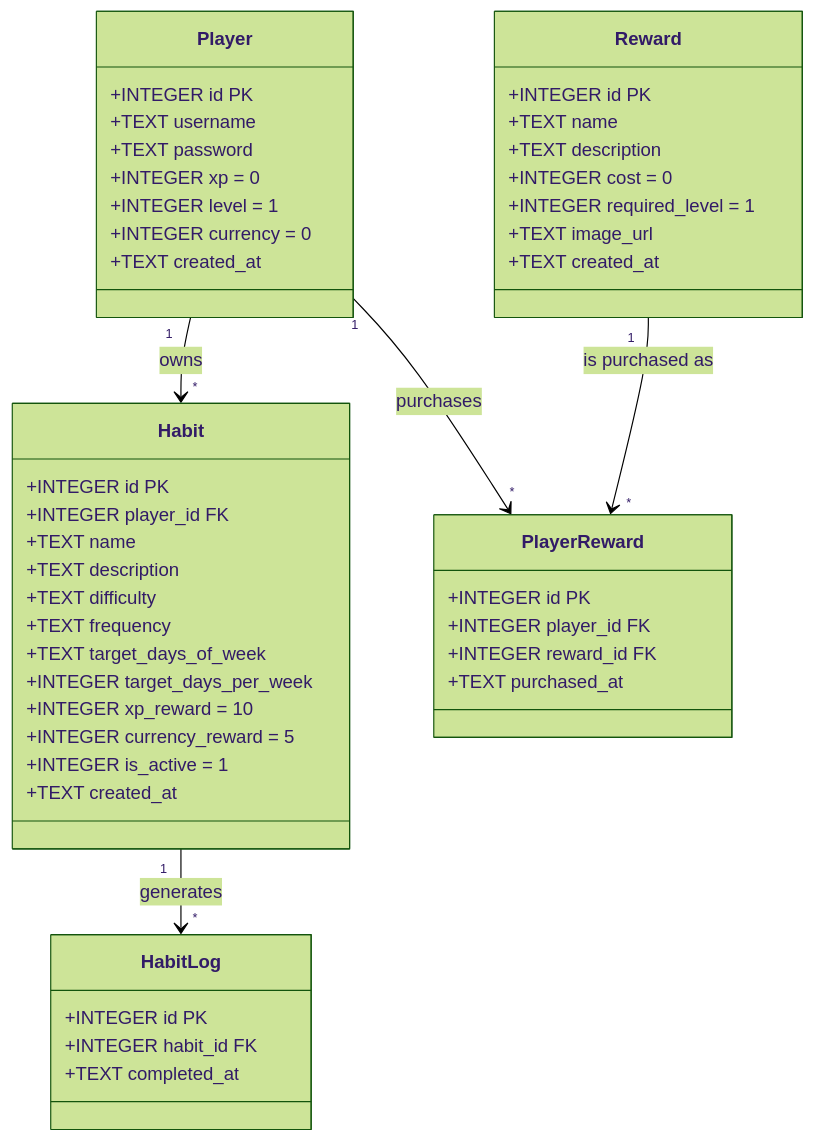
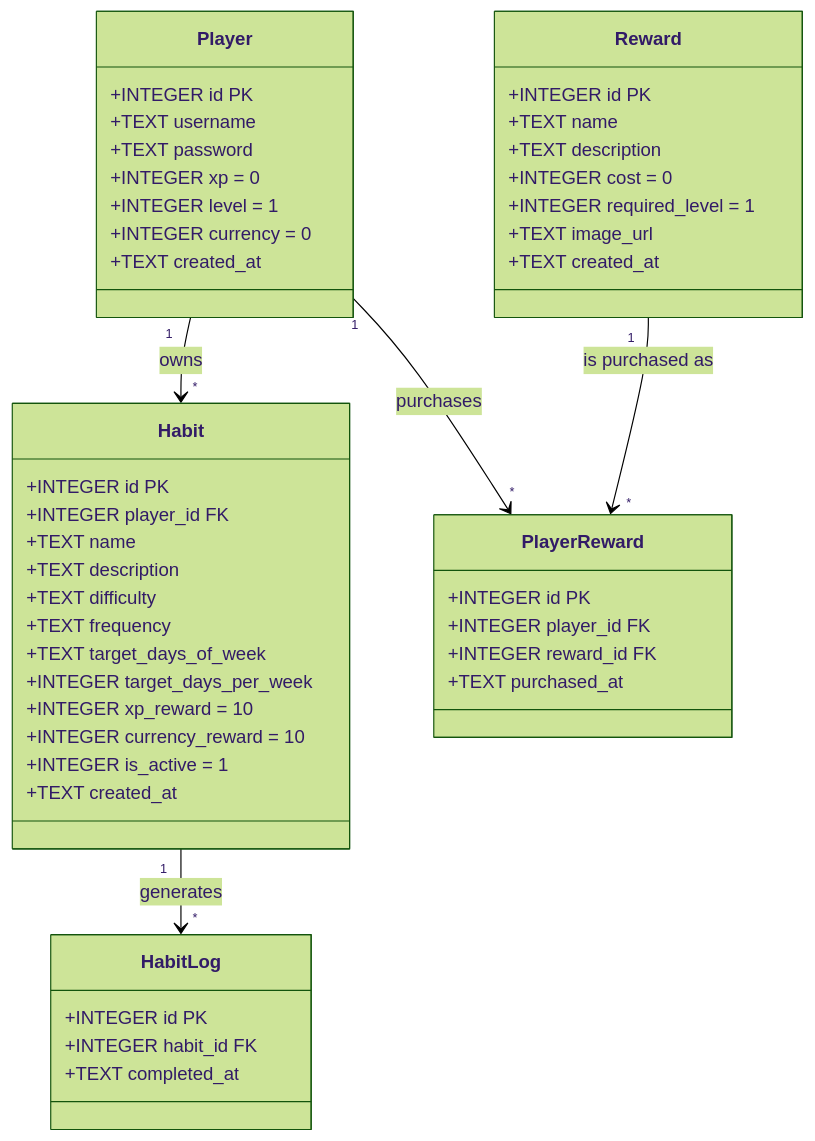
Before and after one commit to Promatheusz/habit-tracker: the diagram in docs/diagrams/class-diagram.md, drawn with Mermaid (forest theme). The commit also changed 4 other files, not shown here.

````diff
--- a/docs/diagrams/class-diagram.md
+++ b/docs/diagrams/class-diagram.md
@@ -7,57 +7,57 @@
 ```mermaid
 classDiagram
     direction TB
 
     class Player {
         +INTEGER id PK
         +TEXT username
         +TEXT password
         +INTEGER xp = 0
         +INTEGER level = 1
         +INTEGER currency = 0
         +TEXT created_at
     }
 
     class Habit {
         +INTEGER id PK
         +INTEGER player_id FK
         +TEXT name
         +TEXT description
         +TEXT difficulty
         +TEXT frequency
         +TEXT target_days_of_week
         +INTEGER target_days_per_week
         +INTEGER xp_reward = 10
-        +INTEGER currency_reward = 5
+        +INTEGER currency_reward = 10
         +INTEGER is_active = 1
         +TEXT created_at
     }
 
     class HabitLog {
         +INTEGER id PK
         +INTEGER habit_id FK
         +TEXT completed_at
     }
 
     class Reward {
         +INTEGER id PK
         +TEXT name
         +TEXT description
         +INTEGER cost = 0
         +INTEGER required_level = 1
         +TEXT image_url
         +TEXT created_at
     }
 
     class PlayerReward {
         +INTEGER id PK
         +INTEGER player_id FK
         +INTEGER reward_id FK
         +TEXT purchased_at
     }
 
     Player "1" --> "*" Habit : owns
     Habit "1" --> "*" HabitLog : generates
     Player "1" --> "*" PlayerReward : purchases
     Reward "1" --> "*" PlayerReward : is purchased as
 ```
````
